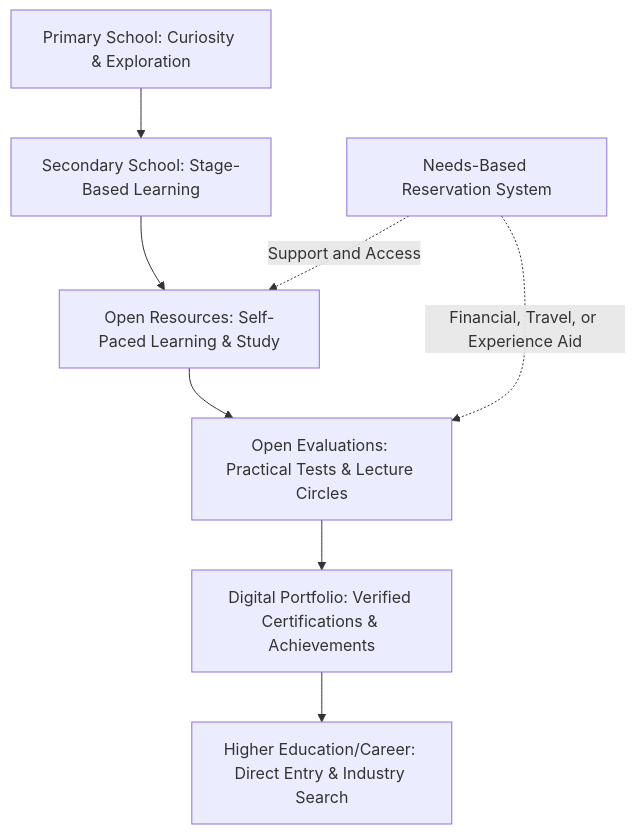
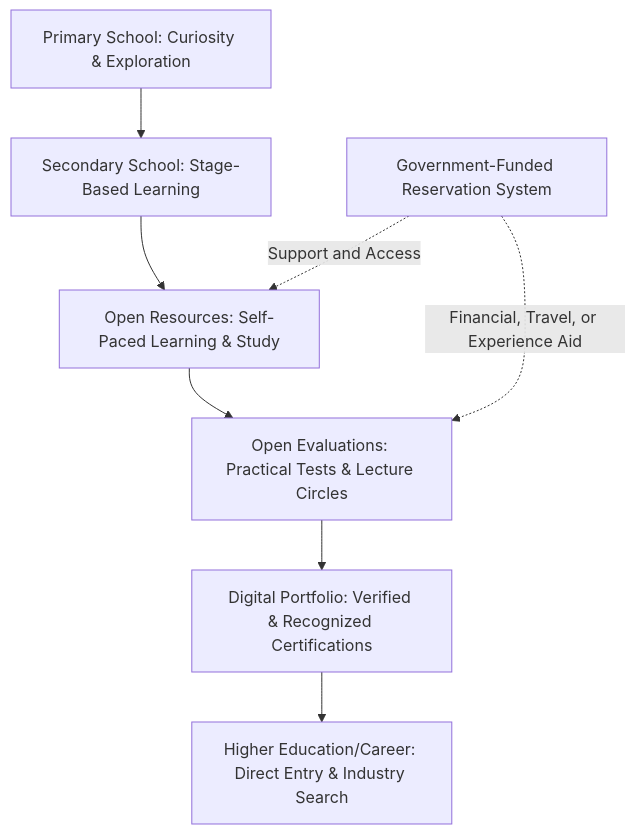
One commit to koro0313/Open-Resources changed the diagram in website/public/open-education-docs/How does this model work.md. Above: the diagram before and after it, drawn with Mermaid. The commit also changed other lines of this file and 13 other files, not shown here.

Commit message:
refactor: define the Open Education Model as a hybrid system with government-funded reservation and legal certification recognition.

````diff
--- a/website/public/open-education-docs/How does this model work.md
+++ b/website/public/open-education-docs/How does this model work.md
@@ -7,11 +7,11 @@
 ```mermaid
 graph TD
     A[Primary School: Curiosity & Exploration] --> B[Secondary School: Stage-Based Learning]
     B --> C[Open Resources: Self-Paced Learning & Study]
     C --> D[Open Evaluations: Practical Tests & Lecture Circles]
-    D --> E[Digital Portfolio: Verified Certifications & Achievements]
+    D --> E[Digital Portfolio: Verified & Recognized Certifications]
     E --> F[Higher Education/Career: Direct Entry & Industry Search]
     
-    RS[Needs-Based Reservation System] -.->|Financial, Travel, or Experience Aid| D
+    RS[Government-Funded Reservation System] -.->|Financial, Travel, or Experience Aid| D
     RS -.->|Support and Access| C
 ```
````
